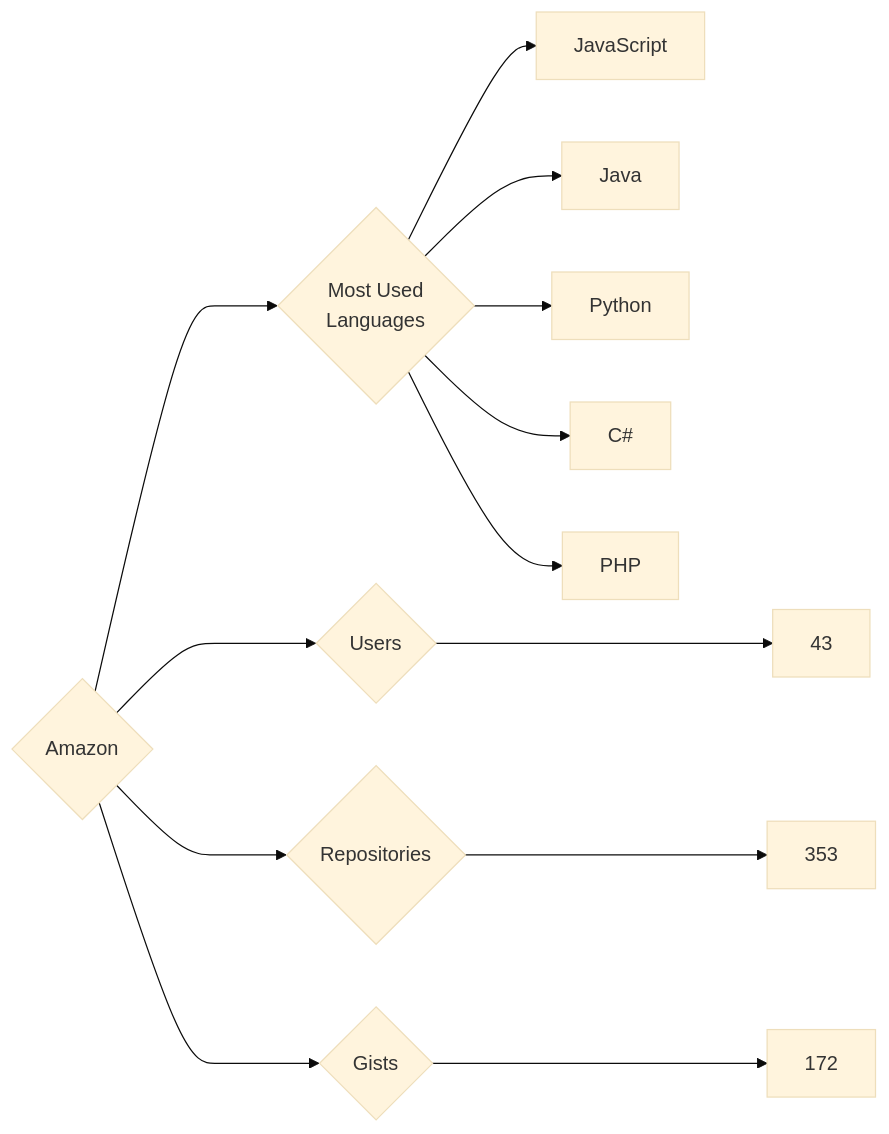
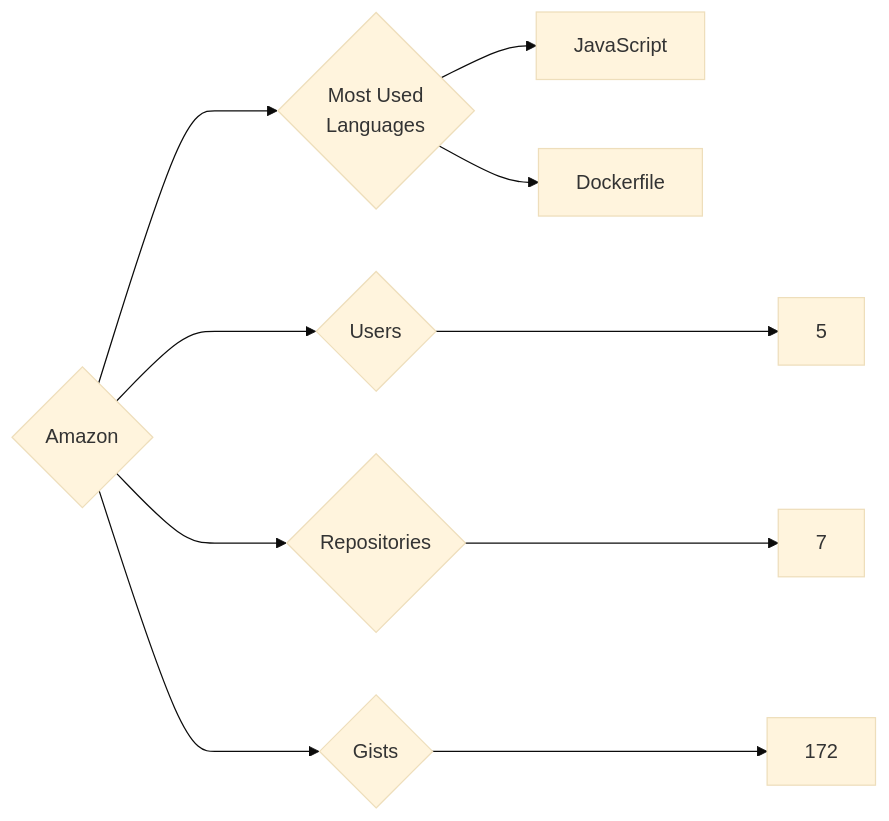
Before and after one commit to trickest/insiders: the diagram in targets/Amazon/README.md, drawn with Mermaid (base theme). The commit also changed 750 other files, not shown here.

````diff
--- a/targets/Amazon/README.md
+++ b/targets/Amazon/README.md
@@ -3,13 +3,10 @@
 ```mermaid
 graph LR
 COMPANY_NAME{Amazon}
-COMPANY_NAME ---> U{Users} ---> UN[43]
-COMPANY_NAME ---> R{Repositories} ---> RN[353]
+COMPANY_NAME ---> U{Users} ---> UN[5]
+COMPANY_NAME ---> R{Repositories} ---> RN[7]
 COMPANY_NAME ---> G{Gists} ---> GN[172]
 COMPANY_NAME ---> ML{Most Used<br>Languages}
 ML --> JavaScript[JavaScript]
-ML --> Java[Java]
-ML --> Python[Python]
-ML --> C#[C#]
-ML --> PHP[PHP]
+ML --> Dockerfile[Dockerfile]
 ```
````
